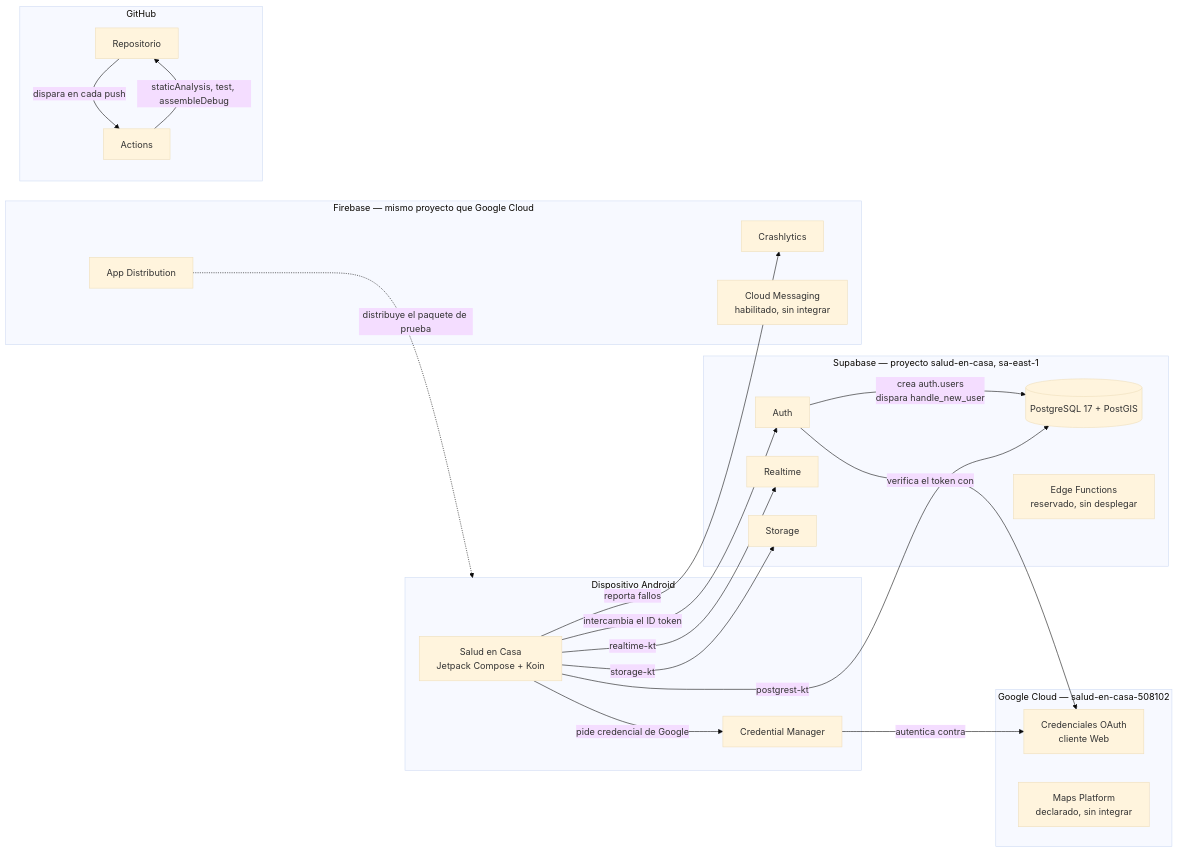
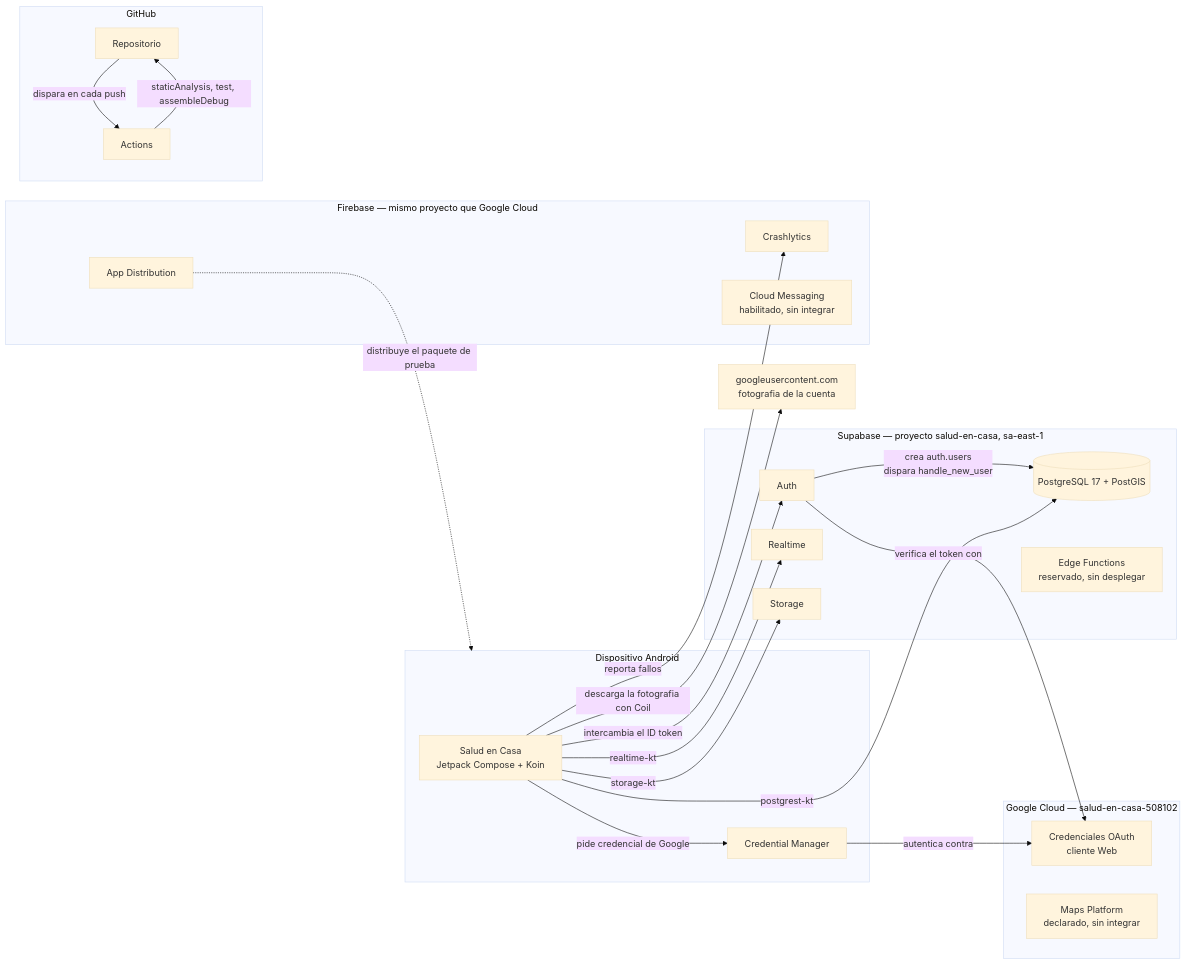
One commit to christian-ledezma/salud-en-casa changed the diagram in docs/architecture/components.md. Above: the diagram before and after it, drawn with Mermaid (base theme). The commit also changed other lines of this file and 1 other file, not shown here.

Commit message:
docs: draw the photo request and the second feature's value object

````diff
--- a/docs/architecture/components.md
+++ b/docs/architecture/components.md
@@ -15,44 +16,47 @@
 ```mermaid
 flowchart LR
     subgraph device ["Dispositivo Android"]
         app["Salud en Casa<br/>Jetpack Compose + Koin"]
         credmgr["Credential Manager"]
     end
 
     subgraph supabase ["Supabase — proyecto salud-en-casa, sa-east-1"]
         authsvc["Auth"]
         db[("PostgreSQL 17 + PostGIS")]
         realtime["Realtime"]
         storage["Storage"]
         edge["Edge Functions<br/>reservado, sin desplegar"]
     end
 
     subgraph google ["Google Cloud — salud-en-casa-508102"]
         oauth["Credenciales OAuth<br/>cliente Web"]
         maps["Maps Platform<br/>declarado, sin integrar"]
     end
 
+    usercontent["googleusercontent.com<br/>fotografia de la cuenta"]
+
     subgraph firebase ["Firebase — mismo proyecto que Google Cloud"]
         crashlytics["Crashlytics"]
         fcm["Cloud Messaging<br/>habilitado, sin integrar"]
         distribution["App Distribution"]
     end
 
     subgraph vcs ["GitHub"]
         repo["Repositorio"]
         actions["Actions"]
     end
 
     app -- "pide credencial de Google" --> credmgr
     credmgr -- "autentica contra" --> oauth
     app -- "intercambia el ID token" --> authsvc
     authsvc -- "verifica el token con" --> oauth
     authsvc -- "crea auth.users<br/>dispara handle_new_user" --> db
     app -- "postgrest-kt" --> db
     app -- "realtime-kt" --> realtime
     app -- "storage-kt" --> storage
+    app -- "descarga la fotografia con Coil" --> usercontent
     app -- "reporta fallos" --> crashlytics
     repo -- "dispara en cada push" --> actions
     actions -- "staticAnalysis, test, assembleDebug" --> repo
     distribution -. "distribuye el paquete de prueba" .-> device
 ```
````
